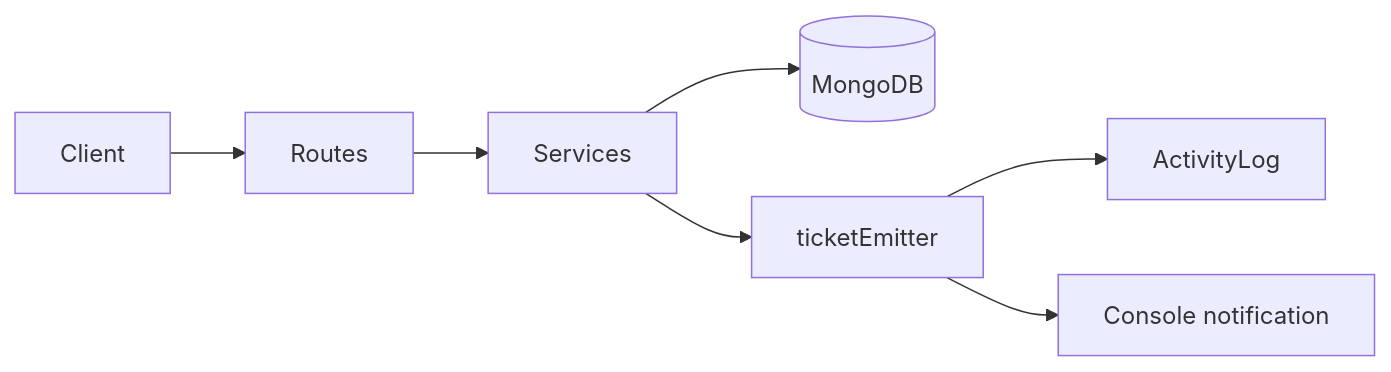
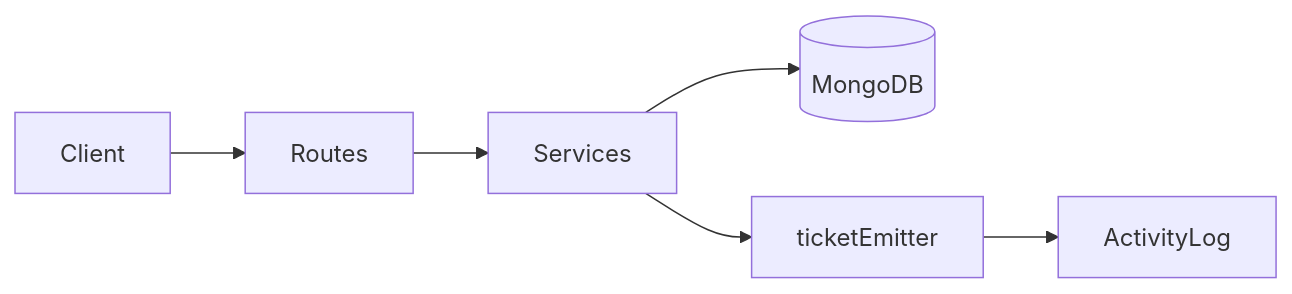
Before and after one commit to mobashir1786/ticket-management: the diagram in README.md, drawn with Mermaid. The commit also changed other lines of this file and 6 other files, not shown here.

````diff
--- a/README.md
+++ b/README.md
@@ -92,9 +92,8 @@
 ```mermaid
 flowchart LR
   client[Client] --> routes[Routes]
   routes --> services[Services]
   services --> db[(MongoDB)]
   services --> emitter[ticketEmitter]
   emitter --> log[ActivityLog]
-  emitter --> notice[Console notification]
 ```
````
